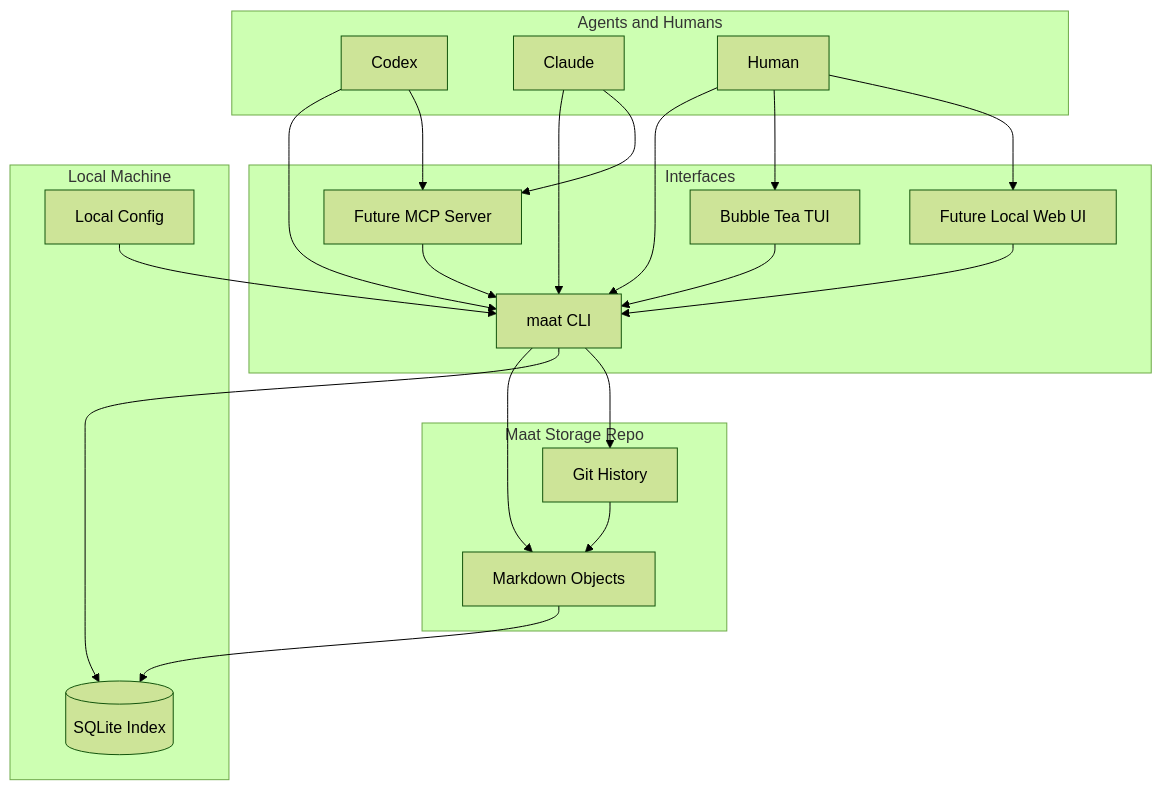
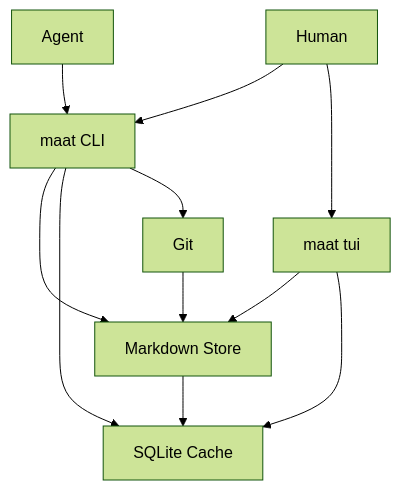
The diagram in docs/architecture.md (sunday-studio/maat), drawn with Mermaid (forest theme) before and after one commit. The commit also changed other lines of this file and 12 other files, not shown here.

````diff
--- a/docs/architecture.md
+++ b/docs/architecture.md
@@ -33,43 +29,13 @@
 ```mermaid
 flowchart TD
-    subgraph agents [Agents and Humans]
-        A1[Codex]
-        A2[Claude]
-        H[Human]
-    end
-
-    subgraph interfaces [Interfaces]
-        CLI[maat CLI]
-        TUI[Bubble Tea TUI]
-        WEB[Future Local Web UI]
-        MCP[Future MCP Server]
-    end
-
-    subgraph local [Local Machine]
-        IDX[(SQLite Index)]
-        CFG[Local Config]
-    end
-
-    subgraph store [Maat Storage Repo]
-        MD[Markdown Objects]
-        GIT[Git History]
-    end
-
-    A1 --> CLI
-    A2 --> CLI
-    A1 --> MCP
-    A2 --> MCP
-    H --> CLI
-    H --> TUI
-    H --> WEB
-
-    CLI --> MD
-    TUI --> CLI
-    WEB --> CLI
-    MCP --> CLI
-    CLI --> IDX
-    CLI --> GIT
-    CFG --> CLI
+    A[Agent] --> CLI[maat CLI]
+    H[Human] --> CLI
+    H --> TUI[maat tui]
+    CLI --> MD[Markdown Store]
+    CLI --> IDX[SQLite Cache]
+    CLI --> GIT[Git]
+    TUI --> MD
+    TUI --> IDX
     MD --> IDX
     GIT --> MD
 ```
````
